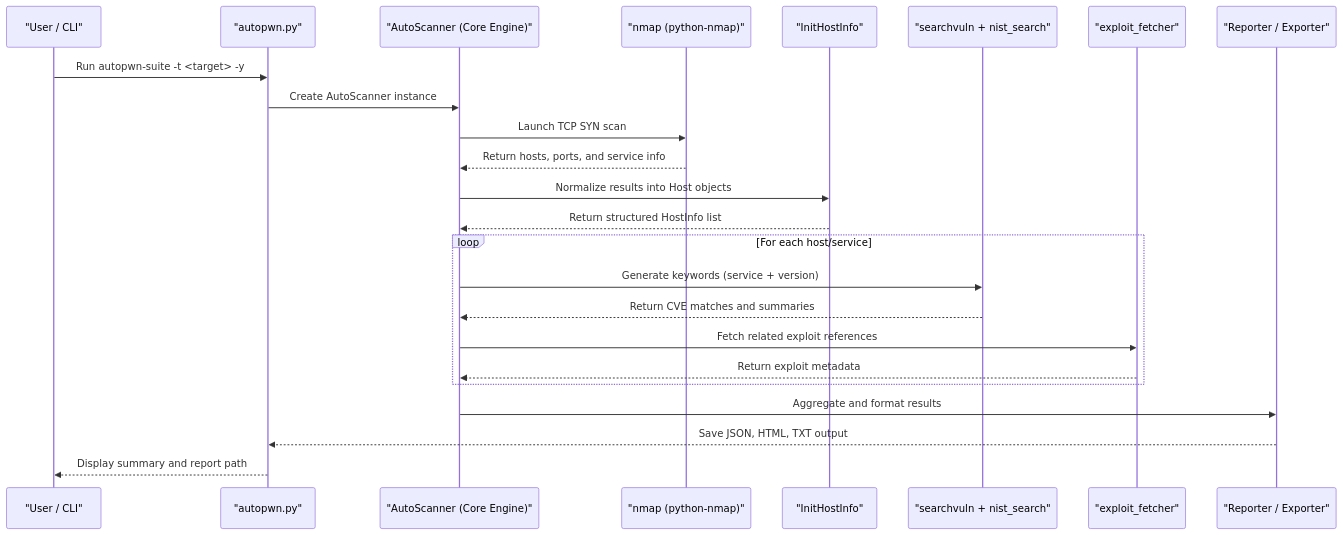
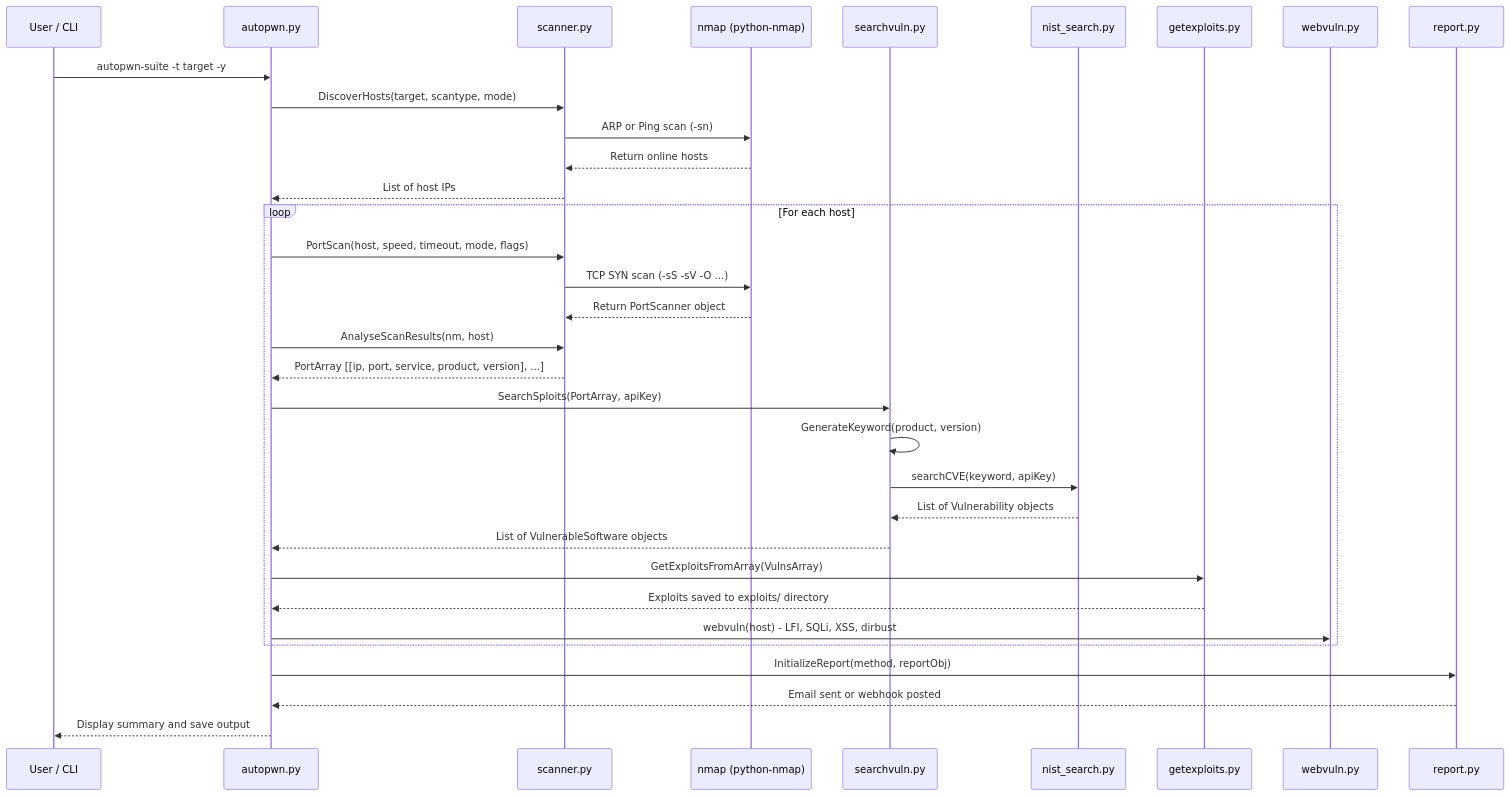
One commit to GamehunterKaan/kaangultekin.net changed the first of 3 diagrams in _pages/projects/autopwn-suite.md. Above: the diagram before and after it, drawn with Mermaid. The commit also changed other lines of this file, not shown here.

Commit message:
Updated AutoPWN Suite project page

```diff
--- a/_pages/projects/autopwn-suite.md
+++ b/_pages/projects/autopwn-suite.md
@@ -67,29 +85,41 @@
 <div class="mermaid">
 sequenceDiagram
-    participant User as "User / CLI"
-    participant AutoPWN as "autopwn.py"
-    participant API as "AutoScanner (Core Engine)"
-    participant Nmap as "nmap (python-nmap)"
-    participant Parser as "InitHostInfo"
-    participant Vuln as "searchvuln + nist_search"
-    participant Exploit as "exploit_fetcher"
-    participant Report as "Reporter / Exporter"
+    participant User as User / CLI
+    participant Main as autopwn.py
+    participant Scanner as scanner.py
+    participant Nmap as nmap (python-nmap)
+    participant Vuln as searchvuln.py
+    participant NIST as nist_search.py
+    participant Exploit as getexploits.py
+    participant Web as webvuln.py
+    participant Report as report.py
 
-    User->>AutoPWN: Run autopwn-suite -t &lt;target&gt; -y
-    AutoPWN->>API: Create AutoScanner instance
-    API->>Nmap: Launch TCP SYN scan
-    Nmap-->>API: Return hosts, ports, and service info
-    API->>Parser: Normalize results into Host objects
-    Parser-->>API: Return structured HostInfo list
+    User->>Main: autopwn-suite -t target -y
+    Main->>Scanner: DiscoverHosts(target, scantype, mode)
+    Scanner->>Nmap: ARP or Ping scan (-sn)
+    Nmap-->>Scanner: Return online hosts
+    Scanner-->>Main: List of host IPs
 
-    loop For each host/service
-        API->>Vuln: Generate keywords (service + version)
-        Vuln-->>API: Return CVE matches and summaries
-        API->>Exploit: Fetch related exploit references
-        Exploit-->>API: Return exploit metadata
+    loop For each host
+        Main->>Scanner: PortScan(host, speed, timeout, mode, flags)
+        Scanner->>Nmap: TCP SYN scan (-sS -sV -O ...)
+        Nmap-->>Scanner: Return PortScanner object
+        Main->>Scanner: AnalyseScanResults(nm, host)
+        Scanner-->>Main: PortArray [[ip, port, service, product, version], ...]
+
+        Main->>Vuln: SearchSploits(PortArray, apiKey)
+        Vuln->>Vuln: GenerateKeyword(product, version)
+        Vuln->>NIST: searchCVE(keyword, apiKey)
+        NIST-->>Vuln: List of Vulnerability objects
+        Vuln-->>Main: List of VulnerableSoftware objects
+
+        Main->>Exploit: GetExploitsFromArray(VulnsArray)
+        Exploit-->>Main: Exploits saved to exploits/ directory
+
+        Main->>Web: webvuln(host) - LFI, SQLi, XSS, dirbust
     end
 
-    API->>Report: Aggregate and format results
-    Report-->>AutoPWN: Save JSON, HTML, TXT output
-    AutoPWN-->>User: Display summary and report path
+    Main->>Report: InitializeReport(method, reportObj)
+    Report-->>Main: Email sent or webhook posted
+    Main-->>User: Display summary and save output
 </div>
```
